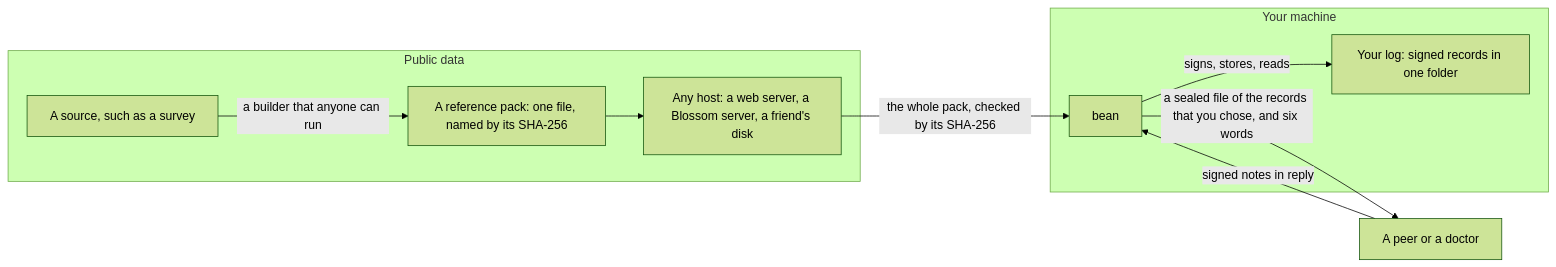
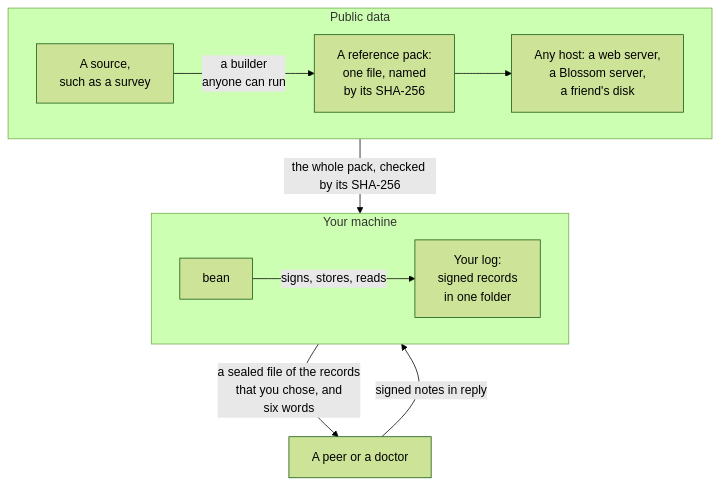
The diagram in README.md (Conscious-Repository/bean), drawn with Mermaid (forest theme) before and after one commit.

Commit message:
Stack the README diagram so it reads at GitHub's width

````diff
--- a/README.md
+++ b/README.md
@@ -31,19 +31,16 @@
 ```mermaid
-flowchart LR
+flowchart TB
+    subgraph public["Public data"]
+        direction LR
+        source["A source,<br/>such as a survey"] -->|"a builder<br/>anyone can run"| pack["A reference pack:<br/>one file, named<br/>by its SHA-256"]
+        pack --> host["Any host: a web server,<br/>a Blossom server,<br/>a friend's disk"]
+    end
     subgraph machine["Your machine"]
-        log["Your log: signed records in one folder"]
-        bean["bean"]
+        direction LR
+        bean["bean"] -->|"signs, stores, reads"| log["Your log:<br/>signed records<br/>in one folder"]
     end
     peer["A peer or a doctor"]
-    subgraph public["Public data"]
-        source["A source, such as a survey"]
-        pack["A reference pack: one file, named by its SHA-256"]
-        host["Any host: a web server, a Blossom server, a friend's disk"]
-    end
-    bean -->|"signs, stores, reads"| log
-    bean -->|"a sealed file of the records that you chose, and six words"| peer
-    peer -->|"signed notes in reply"| bean
-    source -->|"a builder that anyone can run"| pack
-    pack --> host
-    host -->|"the whole pack, checked by its SHA-256"| bean
+    public -->|"the whole pack, checked by its SHA-256"| machine
+    machine -->|"a sealed file of the records<br/>that you chose, and<br/>six words"| peer
+    peer -->|"signed notes in reply"| machine
 ```
````
